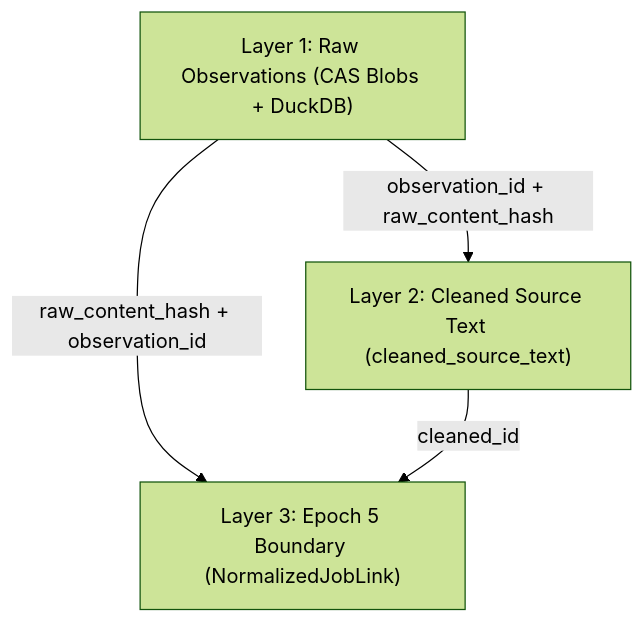
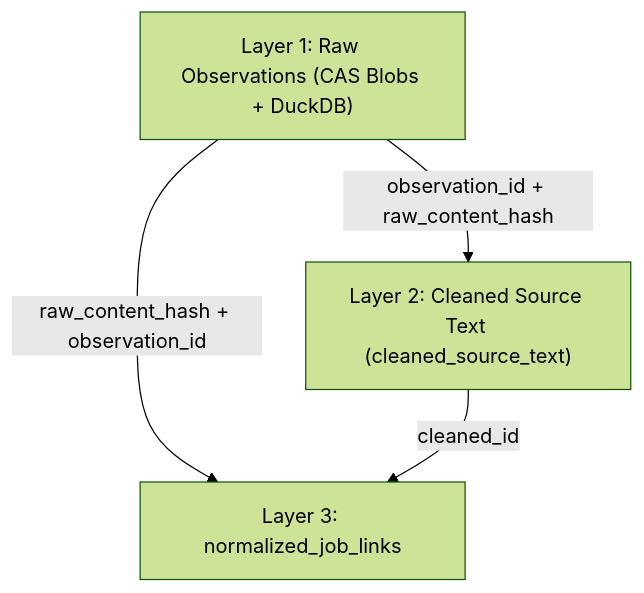
The diagram in docs/ARCHITECTURE.md (Artur-Mac/Radar-Vagas), drawn with Mermaid (forest theme) before and after one commit. The commit also changed other lines of this file and 15 other files, not shown here.

````diff
--- a/docs/ARCHITECTURE.md
+++ b/docs/ARCHITECTURE.md
@@ -73,6 +77,6 @@
 ```mermaid
 graph TD
     Layer1["Layer 1: Raw Observations (CAS Blobs + DuckDB)"] -->|observation_id + raw_content_hash| Layer2["Layer 2: Cleaned Source Text (cleaned_source_text)"]
-    Layer1 -->|raw_content_hash + observation_id| Layer3["Layer 3: Epoch 5 Boundary (NormalizedJobLink)"]
+    Layer1 -->|raw_content_hash + observation_id| Layer3["Layer 3: normalized_job_links"]
     Layer2 -->|cleaned_id| Layer3
 ```
````
